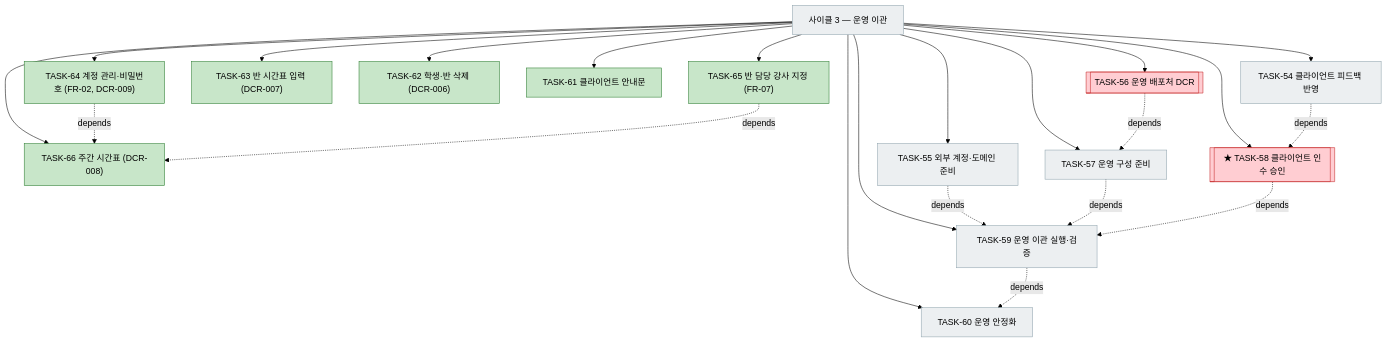
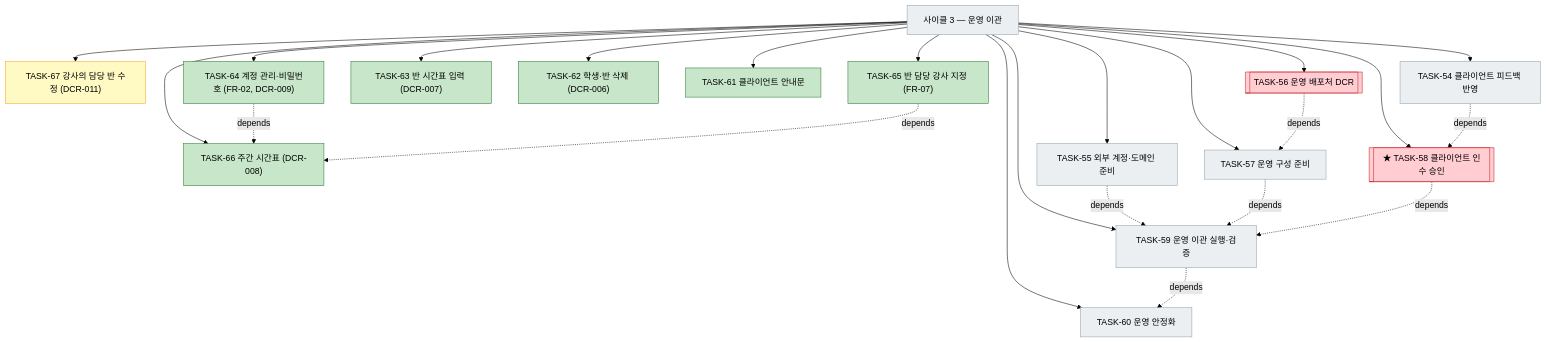
One commit to bluesky5008/mathdesk changed the fourth of 5 diagrams in docs/plan.md. Above: the diagram before and after it, drawn with Mermaid (forest theme). The commit also changed other lines of this file and 5 other files, not shown here.

Commit message:
docs: 기준선 v12 발행 — DCR-011 승인(강사의 담당 반 수정)

````diff
--- a/docs/plan.md
+++ b/docs/plan.md
@@ -238,29 +239,30 @@
 ```mermaid
 flowchart TD
     C3["사이클 3 — 운영 이관"]:::todo
+    C3 --> T67["TASK-67 강사의 담당 반 수정 (DCR-011)"]:::active
     C3 --> T64["TASK-64 계정 관리·비밀번호 (FR-02, DCR-009)"]:::done
     C3 --> T65["TASK-65 반 담당 강사 지정 (FR-07)"]:::done
     C3 --> T66["TASK-66 주간 시간표 (DCR-008)"]:::done
     T64 -. depends .-> T66
     T65 -. depends .-> T66
     C3 --> T63["TASK-63 반 시간표 입력 (DCR-007)"]:::done
     C3 --> T62["TASK-62 학생·반 삭제 (DCR-006)"]:::done
     C3 --> T61["TASK-61 클라이언트 안내문"]:::done
     C3 --> T54["TASK-54 클라이언트 피드백 반영"]:::todo
     C3 --> T55["TASK-55 외부 계정·도메인 준비"]:::todo
     C3 --> T56[["TASK-56 운영 배포처 DCR"]]:::gate
     C3 --> T57["TASK-57 운영 구성 준비"]:::todo
     C3 --> T58[["★ TASK-58 클라이언트 인수 승인"]]:::gate
     C3 --> T59["TASK-59 운영 이관 실행·검증"]:::todo
     C3 --> T60["TASK-60 운영 안정화"]:::todo
     T56 -. depends .-> T57
     T54 -. depends .-> T58
     T55 -. depends .-> T59
     T57 -. depends .-> T59
     T58 -. depends .-> T59
     T59 -. depends .-> T60
     classDef done fill:#c8e6c9,stroke:#2e7d32
     classDef active fill:#fff9c4,stroke:#f9a825
     classDef todo fill:#eceff1,stroke:#90a4ae
     classDef gate fill:#ffcdd2,stroke:#c62828
 ```
````
